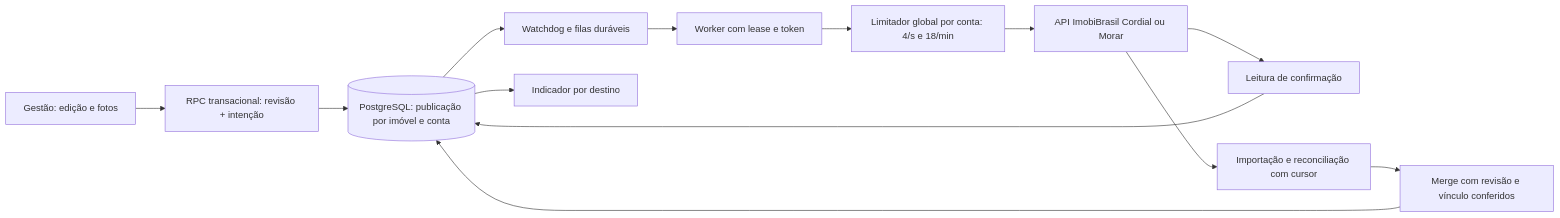
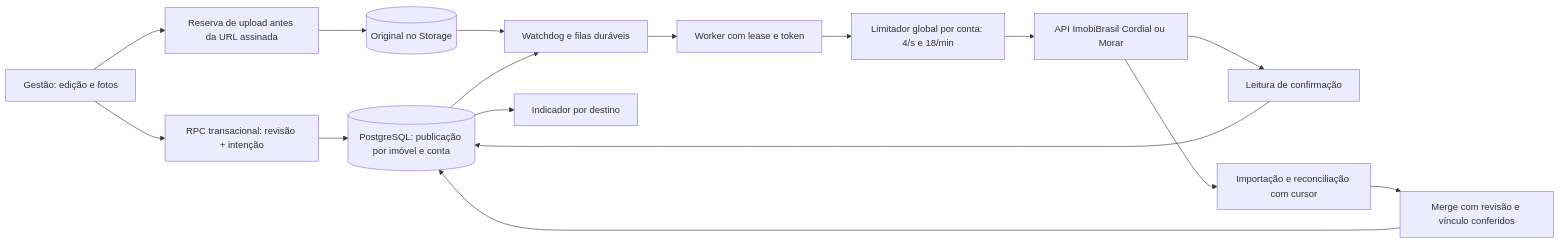
The diagram in docs/imobibrasil-auto-recovery.md (leomateus620-pixel/gestao-cordial-morar), drawn with Mermaid before and after one commit. The commit also changed other lines of this file and 8 other files, not shown here.

````diff
--- a/docs/imobibrasil-auto-recovery.md
+++ b/docs/imobibrasil-auto-recovery.md
@@ -7,15 +7,18 @@
 ```mermaid
 flowchart LR
   A[Gestão: edição e fotos] --> B[RPC transacional: revisão + intenção]
+  A --> U[Reserva de upload antes da URL assinada]
+  U --> V[(Original no Storage)]
+  V --> D
   B --> C[(PostgreSQL: publicação por imóvel e conta)]
   C --> D[Watchdog e filas duráveis]
   D --> E[Worker com lease e token]
   E --> F[Limitador global por conta: 4/s e 18/min]
   F --> G[API ImobiBrasil Cordial ou Morar]
   G --> H[Leitura de confirmação]
   H --> C
   C --> I[Indicador por destino]
   G --> J[Importação e reconciliação com cursor]
   J --> K[Merge com revisão e vínculo conferidos]
   K --> C
 ```
````
